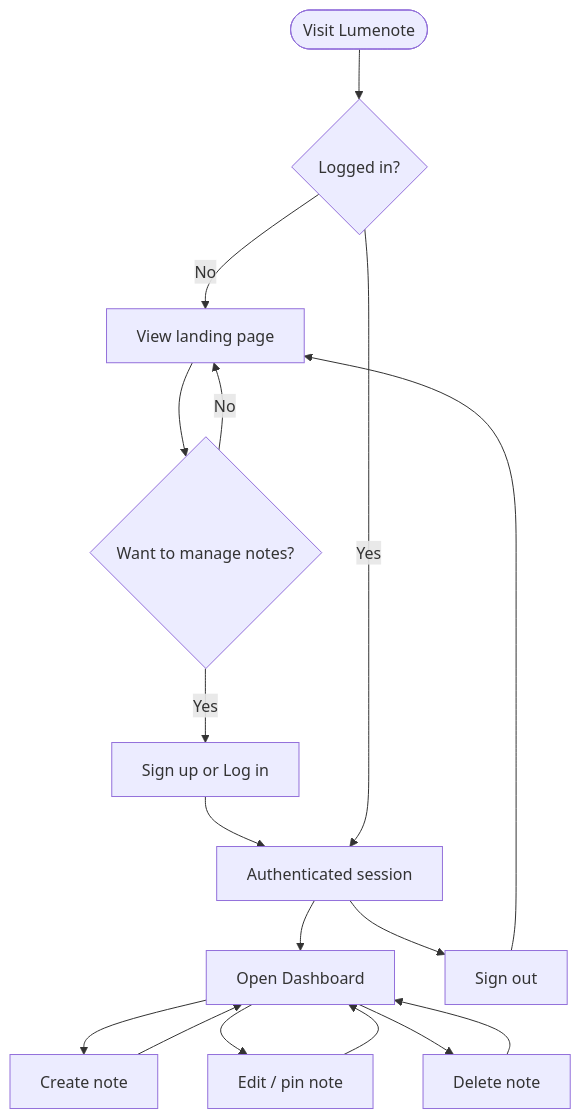
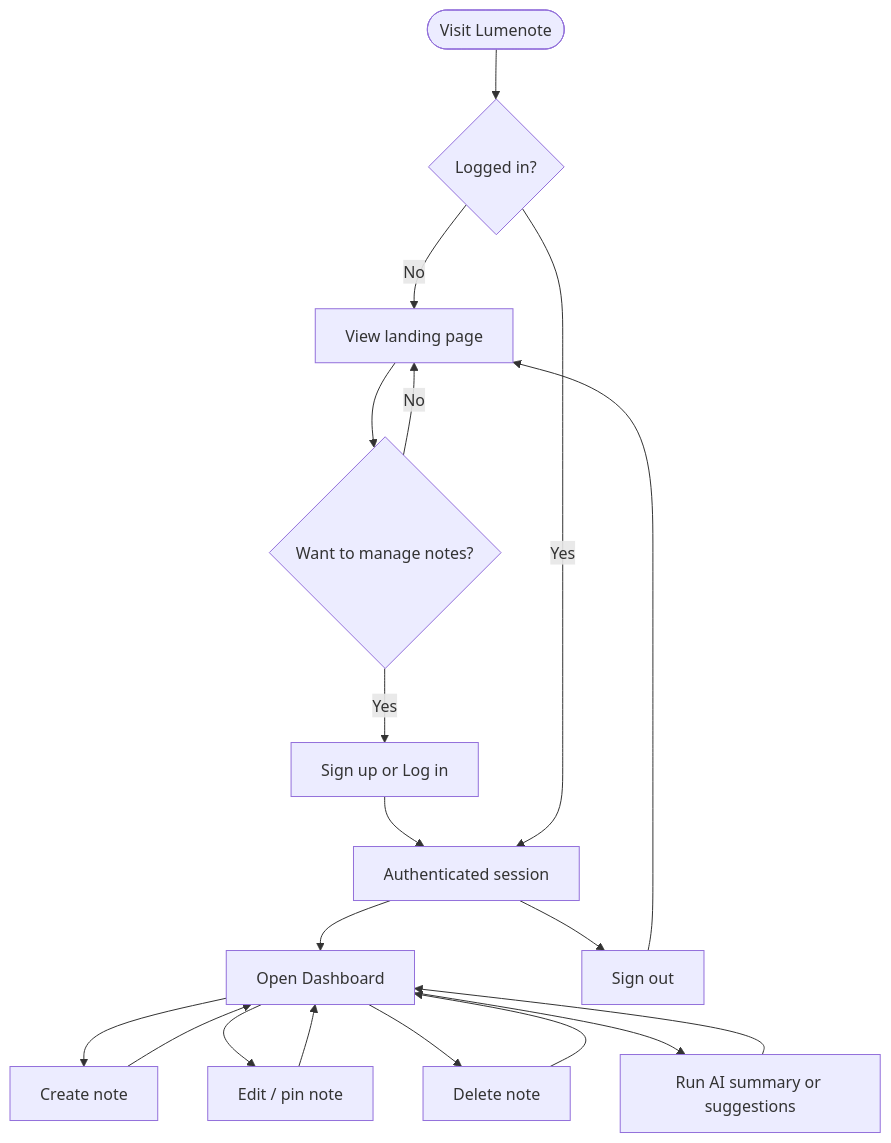
The second of 17 diagrams in DIAGRAMS.md (Angelica-Vides/Lumenote), drawn with Mermaid before and after one commit. The commit also changed other lines of this file and 3 other files, not shown here.

First line of the commit message:
docs: Week 3 planning and AI architecture diagrams

````diff
--- a/DIAGRAMS.md
+++ b/DIAGRAMS.md
@@ -37,19 +44,21 @@
 ```mermaid
 flowchart TD
     A([Visit Lumenote]) --> B{Logged in?}
     B -- No --> C[View landing page]
     C --> D{Want to manage notes?}
     D -- Yes --> E[Sign up or Log in]
     E --> F[Authenticated session]
     D -- No --> C
     B -- Yes --> F
     F --> G[Open Dashboard]
     G --> H[Create note]
     G --> I[Edit / pin note]
     G --> J[Delete note]
+    G --> L[Run AI summary or suggestions]
     H --> G
     I --> G
     J --> G
+    L --> G
     F --> K[Sign out]
     K --> C
 ```
````
